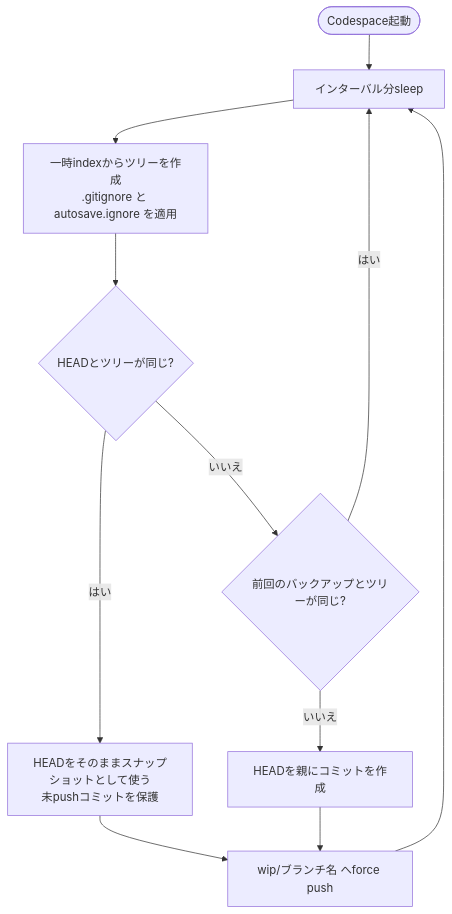
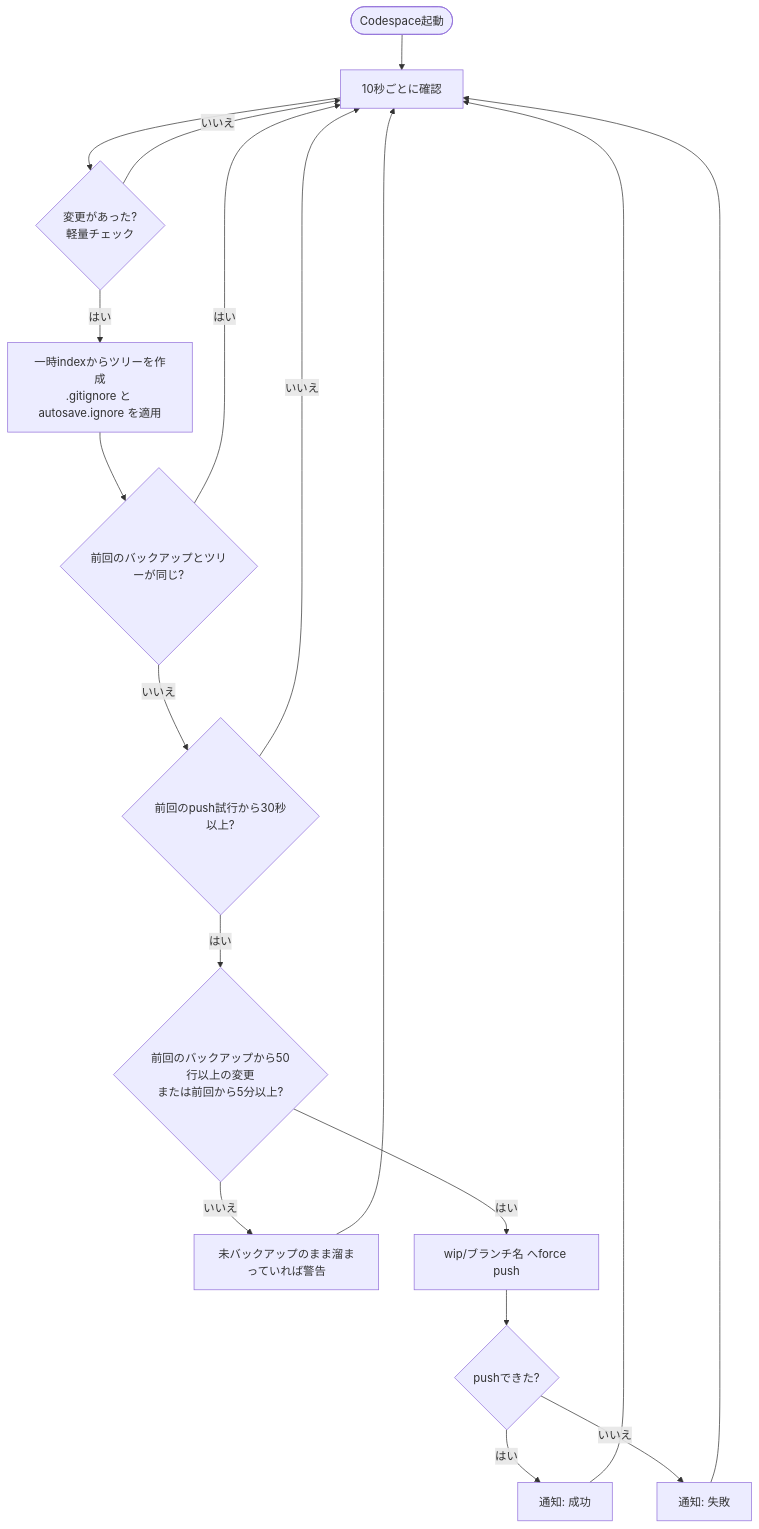
One commit to taka1156/codespaces-autosnapshot changed the second of 2 diagrams in README.ja.md. Above: the diagram before and after it, drawn with Mermaid. The commit also changed other lines of this file and 4 other files, not shown here.

````diff
--- a/README.ja.md
+++ b/README.ja.md
@@ -32,13 +33,20 @@
 ```mermaid
 flowchart TD
-    S([Codespace起動]) --> B[インターバル分sleep]
-    B --> C[一時indexからツリーを作成<br/>.gitignore と autosave.ignore を適用]
-    C --> D{HEADとツリーが同じ?}
-    D -- はい --> E[HEADをそのままスナップショットとして使う<br/>未pushコミットを保護]
-    D -- いいえ --> G{前回のバックアップとツリーが同じ?}
+    S([Codespace起動]) --> B[10秒ごとに確認]
+    B --> C{変更があった?<br/>軽量チェック}
+    C -- いいえ --> B
+    C -- はい --> D[一時indexからツリーを作成<br/>.gitignore と autosave.ignore を適用]
+    D --> G{前回のバックアップとツリーが同じ?}
     G -- はい --> B
-    G -- いいえ --> F[HEADを親にコミットを作成]
-    E --> H
-    F --> H[wip/ブランチ名 へforce push]
-    H --> B
+    G -- いいえ --> M{前回のpush試行から30秒以上?}
+    M -- いいえ --> B
+    M -- はい --> T{前回のバックアップから50行以上の変更<br/>または前回から5分以上?}
+    T -- いいえ --> W[未バックアップのまま溜まっていれば警告]
+    W --> B
+    T -- はい --> H[wip/ブランチ名 へforce push]
+    H --> R{pushできた?}
+    R -- はい --> OK[通知: 成功]
+    R -- いいえ --> NG[通知: 失敗]
+    OK --> B
+    NG --> B
 ```
````
